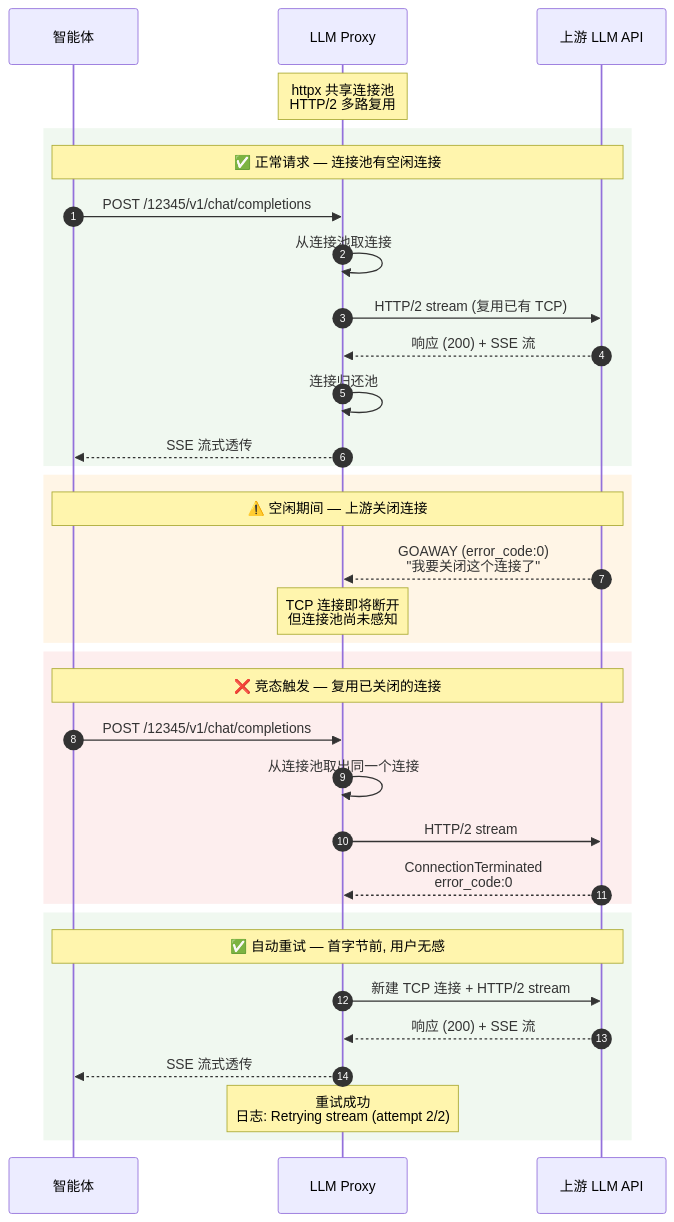
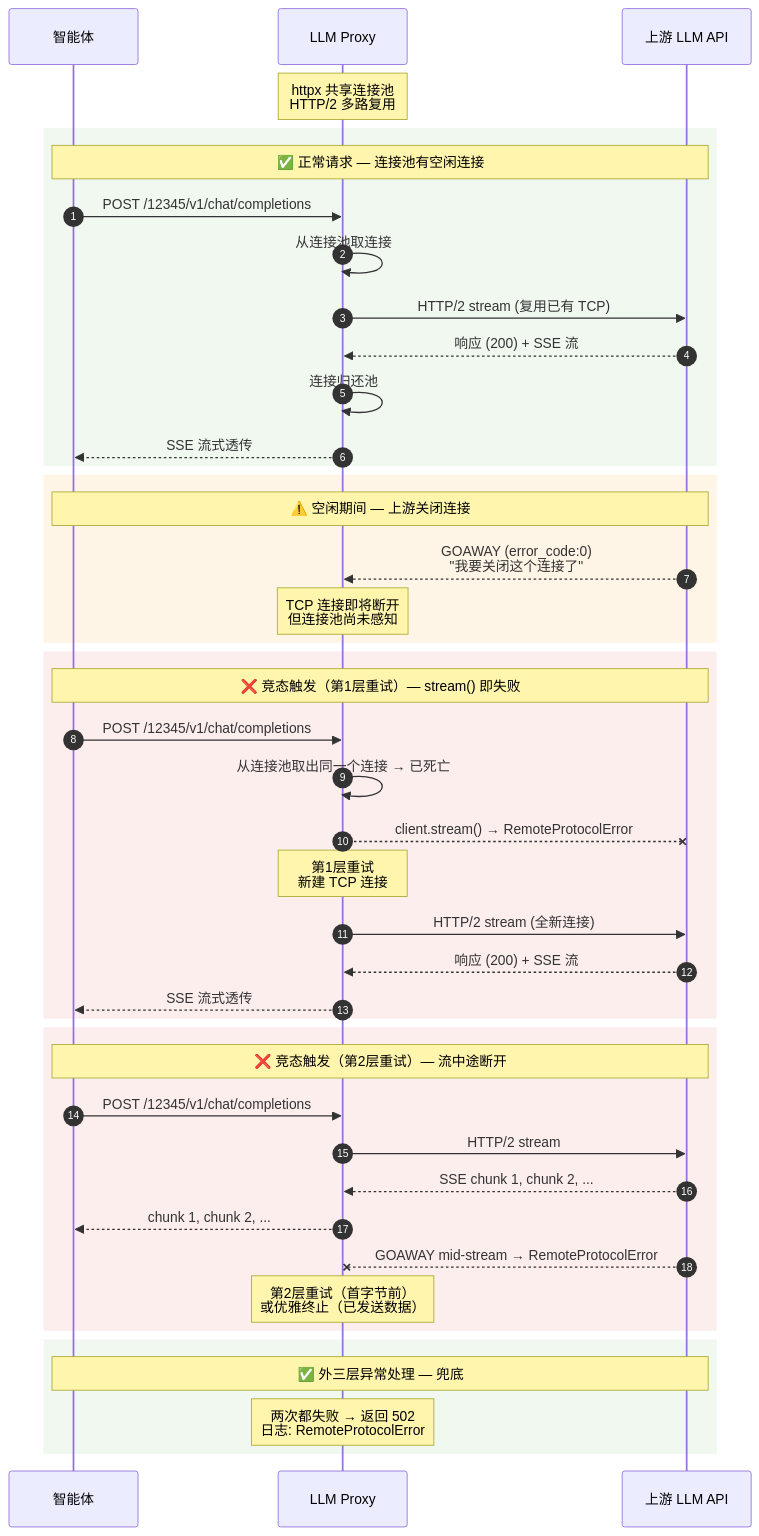
Before and after one commit to HaoCheng-Wang/llm-proxy: the ninth of 11 diagrams in README.md, drawn with Mermaid. The commit also changed other lines of this file, not shown here.

First line of the commit message:
docs: update README with three-layer retry architecture and enhanced mermaid diagram

````diff
--- a/README.md
+++ b/README.md
@@ -406,41 +406,51 @@
 ```mermaid
 sequenceDiagram
     autonumber
     participant A as 智能体
     participant P as LLM Proxy
     participant U as 上游 LLM API
 
     Note over P: httpx 共享连接池<br/>HTTP/2 多路复用
 
     rect rgb(240, 248, 240)
         Note over A,U: ✅ 正常请求 — 连接池有空闲连接
         A->>P: POST /12345/v1/chat/completions
         P->>P: 从连接池取连接
         P->>U: HTTP/2 stream (复用已有 TCP)
         U-->>P: 响应 (200) + SSE 流
         P->>P: 连接归还池
         P-->>A: SSE 流式透传
     end
 
     rect rgb(255, 245, 230)
         Note over A,U: ⚠️ 空闲期间 — 上游关闭连接
         U-->>P: GOAWAY (error_code:0)<br/>"我要关闭这个连接了"
         Note over P: TCP 连接即将断开<br/>但连接池尚未感知
     end
 
     rect rgb(253, 238, 238)
-        Note over A,U: ❌ 竞态触发 — 复用已关闭的连接
+        Note over A,U: ❌ 竞态触发（第1层重试）— stream() 即失败
         A->>P: POST /12345/v1/chat/completions
-        P->>P: 从连接池取出同一个连接
+        P->>P: 从连接池取出同一个连接 → 已死亡
+        P--xU: client.stream() → RemoteProtocolError
+        Note over P: 第1层重试<br/>新建 TCP 连接
+        P->>U: HTTP/2 stream (全新连接)
+        U-->>P: 响应 (200) + SSE 流
+        P-->>A: SSE 流式透传
+    end
+
+    rect rgb(253, 238, 238)
+        Note over A,U: ❌ 竞态触发（第2层重试）— 流中途断开
+        A->>P: POST /12345/v1/chat/completions
         P->>U: HTTP/2 stream
-        U-->>P: ConnectionTerminated<br/>error_code:0
+        U-->>P: SSE chunk 1, chunk 2, ...
+        P-->>A: chunk 1, chunk 2, ...
+        U--xP: GOAWAY mid-stream → RemoteProtocolError
+        Note over P: 第2层重试（首字节前）<br/>或优雅终止（已发送数据）
     end
 
     rect rgb(240, 248, 240)
-        Note over A,U: ✅ 自动重试 — 首字节前, 用户无感
-        P->>U: 新建 TCP 连接 + HTTP/2 stream
-        U-->>P: 响应 (200) + SSE 流
-        P-->>A: SSE 流式透传
-        Note over P: 重试成功<br/>日志: Retrying stream (attempt 2/2)
+        Note over A,U: ✅ 外三层异常处理 — 兜底
+        Note over P: 两次都失败 → 返回 502<br/>日志: RemoteProtocolError
     end
 ```
````
